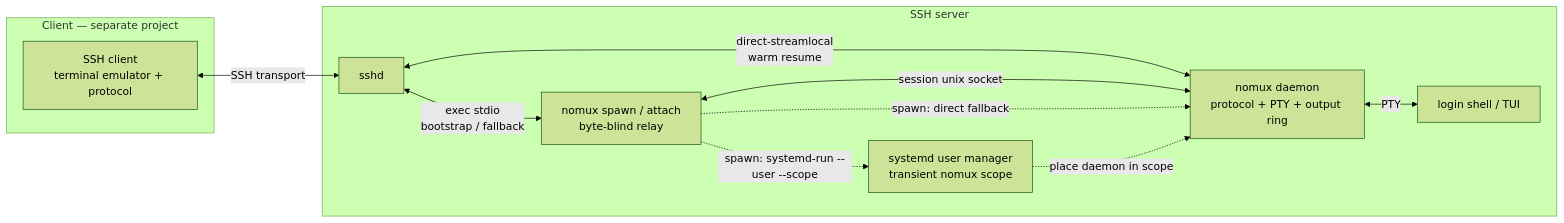
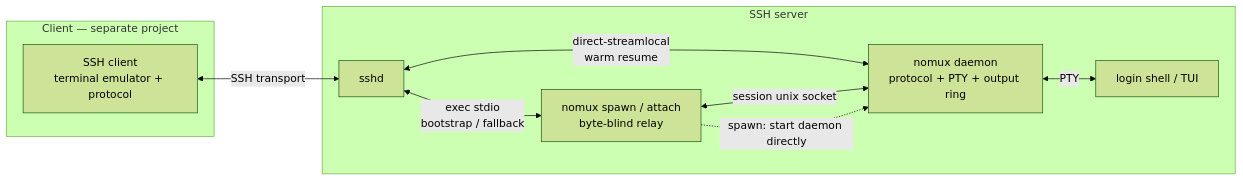
Before and after one commit to fornwall/nomux: the first of 2 diagrams in DESIGN.md, drawn with Mermaid (forest theme). The commit also changed other lines of this file and 3 other files, not shown here.

````diff
--- a/DESIGN.md
+++ b/DESIGN.md
@@ -64,23 +64,20 @@
 ```mermaid
 flowchart LR
   subgraph client["Client — separate project"]
     APP["SSH client<br/>terminal emulator + protocol"]
   end
 
   subgraph server["SSH server"]
     SSHD["sshd"]
     RELAY["nomux spawn / attach<br/>byte-blind relay"]
-    SYSTEMD["systemd user manager<br/>transient nomux scope"]
     DAEMON["nomux daemon<br/>protocol + PTY + output ring"]
     CHILD["login shell / TUI"]
   end
 
   APP <-->|"SSH transport"| SSHD
   SSHD <-->|"direct-streamlocal<br/>warm resume"| DAEMON
   SSHD <-->|"exec stdio<br/>bootstrap / fallback"| RELAY
   RELAY <-->|"session unix socket"| DAEMON
-  RELAY -.->|"spawn: direct fallback"| DAEMON
-  RELAY -.->|"spawn: systemd-run --user --scope"| SYSTEMD
-  SYSTEMD -.->|"place daemon in scope"| DAEMON
+  RELAY -.->|"spawn: start daemon directly"| DAEMON
   DAEMON <-->|"PTY"| CHILD
 ```
````
